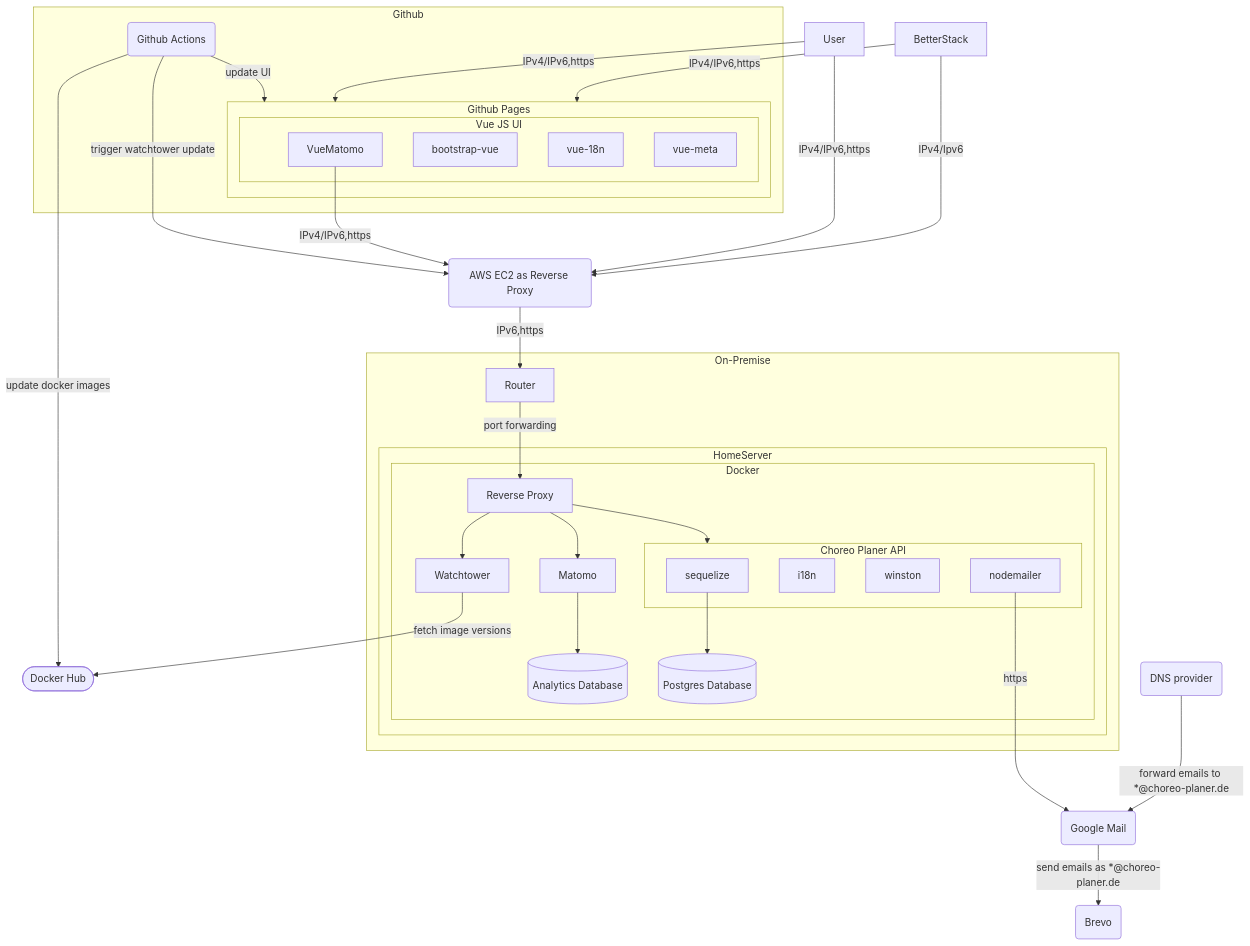
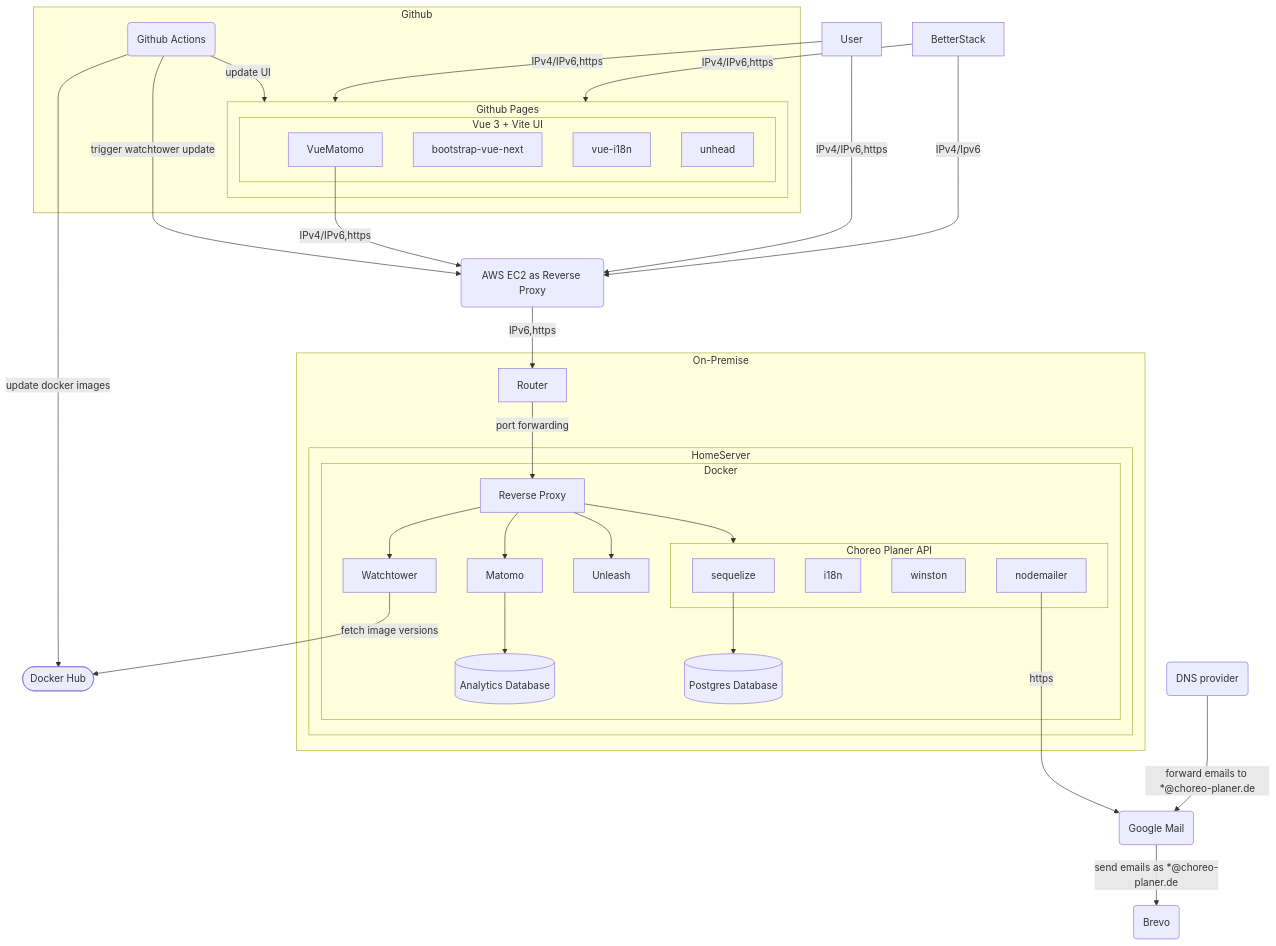
Before and after one commit to andreasnicklaus/cheer-choreo-tool: the diagram in README.md, drawn with Mermaid. The commit also changed other lines of this file and 2 other files, not shown here.

Commit message:
docs(DOCS): :memo: updated documentation

````diff
--- a/README.md
+++ b/README.md
@@ -36,64 +36,66 @@
 ```mermaid
 graph
 
   subgraph Github
     subgraph pages[Github Pages]
-      subgraph vue[Vue JS UI]
+      subgraph vue[Vue 3 + Vite UI]
         VueMatomo
-        bootstrap-vue
-        vue-18n
-        vue-meta
+        bootstrap-vue-next
+        vue-i18n
+        unhead
       end
     end
     githubactions(Github Actions)
   end
 
 
 
   subgraph On-Premise
     Router --port forwarding--> ReverseProxy
     subgraph HomeServer
       subgraph Docker
         ReverseProxy
         Matomo
         Watchtower
+        Unleash
         ReverseProxy[Reverse Proxy]
         sequelize
         db[(Postgres Database)]
         dba[(Analytics Database)]
         subgraph api[Choreo Planer API]
           sequelize
           i18n
           winston
           nodemailer
         end
       end
     end
   end
 
   ReverseProxy --> api
   ReverseProxy --> Watchtower
   ReverseProxy --> Matomo
+  ReverseProxy --> Unleash
 
   sequelize --> db
   Matomo --> dba
 
   VueMatomo --IPv4/IPv6,https--> aws
 
   User --IPv4/IPv6,https--> aws(AWS EC2 as Reverse Proxy)
   User --IPv4/IPv6,https--> pages
   aws --IPv6,https--> Router
 
   BetterStack --IPv4/Ipv6--> aws
   BetterStack --IPv4/IPv6,https--> pages
 
   githubactions --update docker images--> dockerhub([Docker Hub])
   githubactions --update UI--> pages
   githubactions --trigger watchtower update--> aws
 
   Watchtower --fetch image versions--> dockerhub
 
   nodemailer --https---> GoogleMail(Google Mail)
   mailProxy(DNS provider) --forward emails to *@choreo-planer.de--> GoogleMail
   GoogleMail --send emails as *@choreo-planer.de--> Brevo(Brevo)
 ```
````
